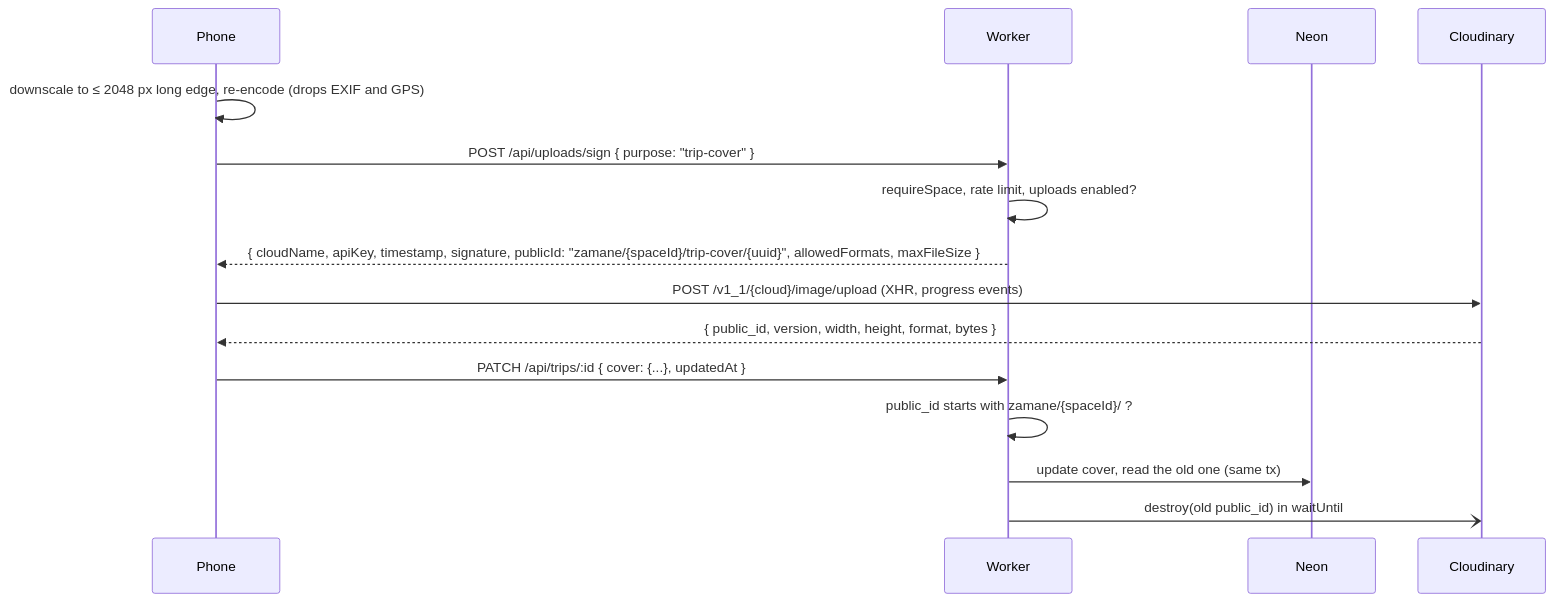
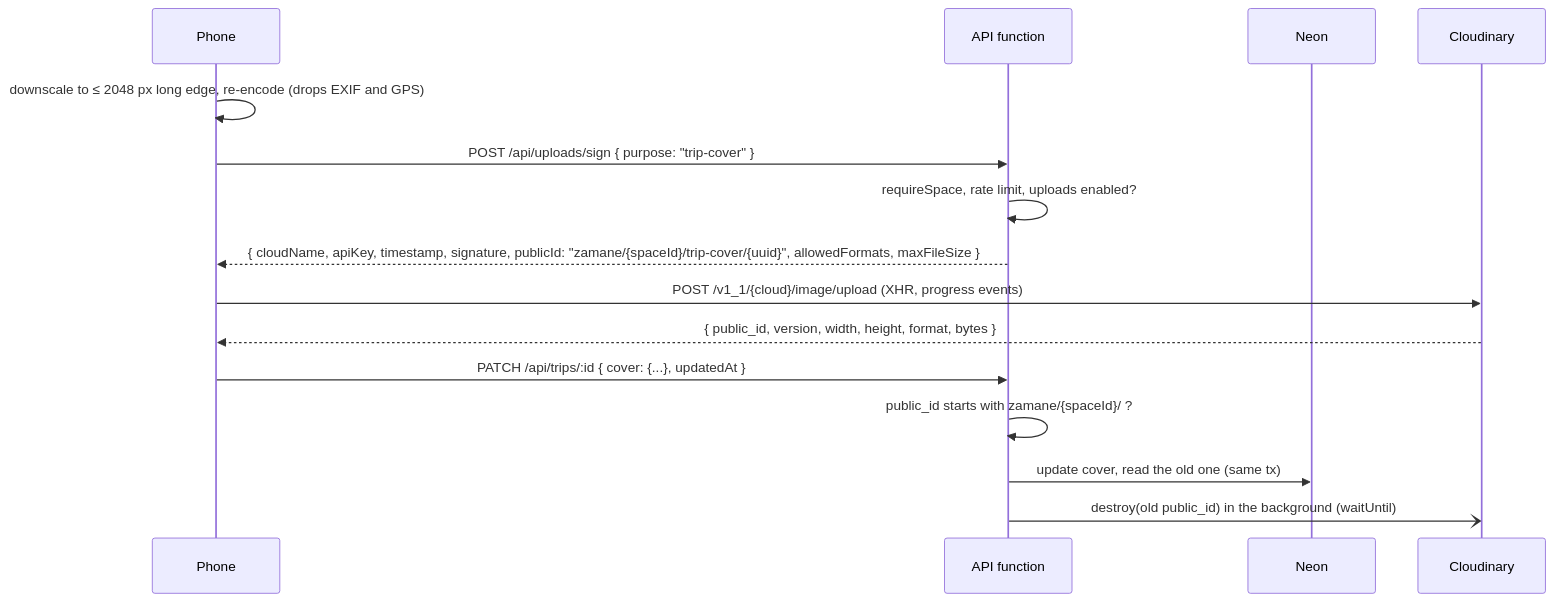
One commit to bouhvli/zamane-pro changed the fifth of 5 diagrams in ARCHITECTURE.md. Above: the diagram before and after it, drawn with Mermaid. The commit also changed other lines of this file, not shown here.

````diff
--- a/ARCHITECTURE.md
+++ b/ARCHITECTURE.md
@@ -363,17 +360,17 @@
 ```mermaid
 sequenceDiagram
   participant P as Phone
-  participant W as Worker
+  participant W as API function
   participant DB as Neon
   participant C as Cloudinary
   P->>P: downscale to ≤ 2048 px long edge, re-encode (drops EXIF and GPS)
   P->>W: POST /api/uploads/sign { purpose: "trip-cover" }
   W->>W: requireSpace, rate limit, uploads enabled?
   W-->>P: { cloudName, apiKey, timestamp, signature, publicId: "zamane/{spaceId}/trip-cover/{uuid}", allowedFormats, maxFileSize }
   P->>C: POST /v1_1/{cloud}/image/upload (XHR, progress events)
   C-->>P: { public_id, version, width, height, format, bytes }
   P->>W: PATCH /api/trips/:id { cover: {...}, updatedAt }
   W->>W: public_id starts with zamane/{spaceId}/ ?
   W->>DB: update cover, read the old one (same tx)
-  W-)C: destroy(old public_id) in waitUntil
+  W-)C: destroy(old public_id) in the background (waitUntil)
 ```
````
